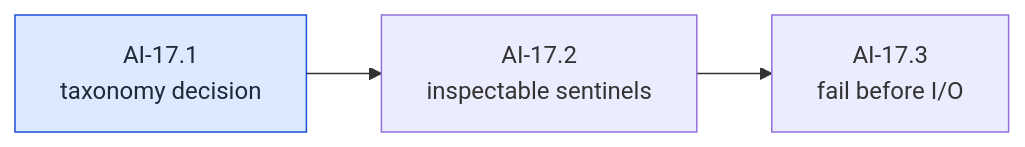
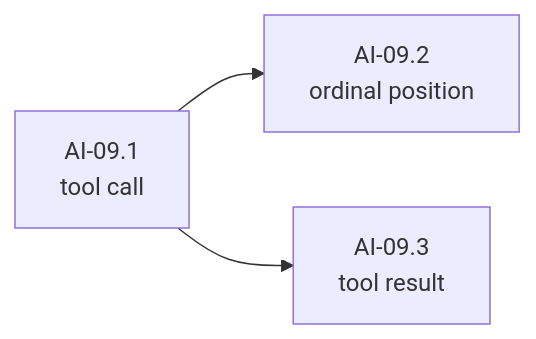
Before and after one commit to witsaba/cachicamas: the seventh of 29 diagrams in docs/architecture/milestones/0002-cachicamas-ai-layer-1-task-graph.md, drawn with Mermaid. The commit also changed other lines of this file, not shown here.

First line of the commit message:
docs: rewrite Layer 1 task graph as a from-zero plan (AI-00 … AI-40)

````diff
--- a/docs/architecture/milestones/0002-cachicamas-ai-layer-1-task-graph.md
+++ b/docs/architecture/milestones/0002-cachicamas-ai-layer-1-task-graph.md
@@ -478,7 +599,5 @@
 ```mermaid
 flowchart LR
-    E1["AI-17.1<br/>taxonomy decision"] --> E2["AI-17.2<br/>inspectable sentinels"]
-    E2 --> E3["AI-17.3<br/>fail before I/O"]
-    classDef d fill:#dbeafe,stroke:#1d4ed8,color:#1f2937
-    class E1 d
+    I1["AI-09.1<br/>tool call"] --> I2["AI-09.2<br/>ordinal position"]
+    I1 --> I3["AI-09.3<br/>tool result"]
 ```
````
